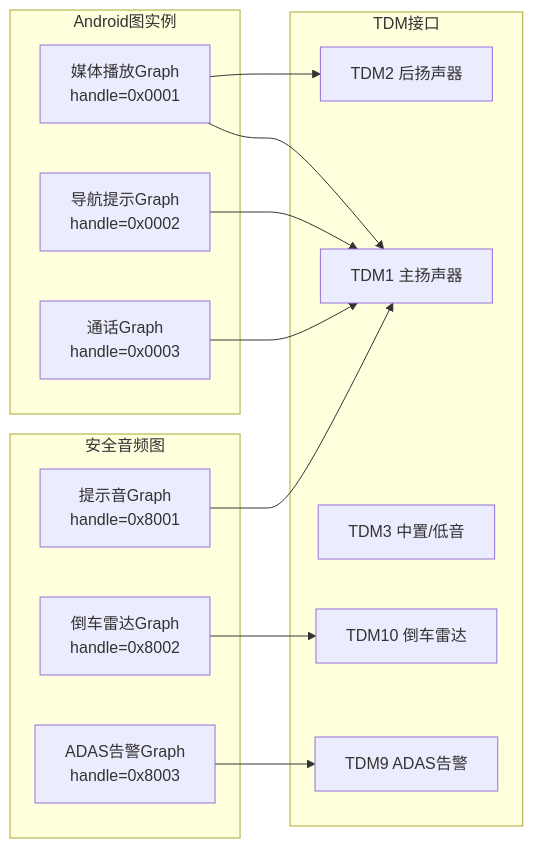
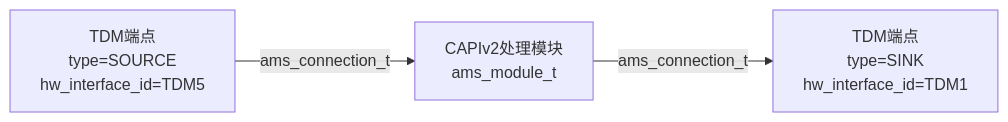
The fifth of 10 diagrams in 16_Vendor_QNX_Architecture/16_16.18_QNX_ams_lib_音频管理服务库.md (yanglinzhen1022/SA8295_AAOS_QNX_Audio_KnowledgeBase), drawn with Mermaid before and after one commit. The commit also changed other lines of this file and 48 other files, not shown here.

````diff
--- a/16_Vendor_QNX_Architecture/16_16.18_QNX_ams_lib_音频管理服务库.md
+++ b/16_Vendor_QNX_Architecture/16_16.18_QNX_ams_lib_音频管理服务库.md
@@ -490,30 +491,9 @@
 ```mermaid
 graph LR
-    subgraph Android_Graphs[Android图实例]
-        graph_media[媒体播放Graph<br/>handle=0x0001]
-        graph_nav[导航提示Graph<br/>handle=0x0002]
-        graph_call[通话Graph<br/>handle=0x0003]
-    end
+    ep_src[TDM端点<br/>type=SOURCE<br/>hw_interface_id=TDM5]
+    mod[CAPIv2处理模块<br/>ams_module_t]
+    ep_snk[TDM端点<br/>type=SINK<br/>hw_interface_id=TDM1]
 
-    subgraph Safe_Graphs[安全音频图]
-        graph_ding[提示音Graph<br/>handle=0x8001]
-        graph_pdc[倒车雷达Graph<br/>handle=0x8002]
-        graph_adas[ADAS告警Graph<br/>handle=0x8003]
-    end
-
-    subgraph TDM_Interfaces[TDM接口]
-        TDM1[TDM1 主扬声器]
-        TDM2[TDM2 后扬声器]
-        TDM3[TDM3 中置/低音]
-        TDM9[TDM9 ADAS告警]
-        TDM10[TDM10 倒车雷达]
-    end
-
-    graph_media --> TDM1
-    graph_media --> TDM2
-    graph_nav --> TDM1
-    graph_call --> TDM1
-    graph_ding --> TDM1
-    graph_pdc --> TDM10
-    graph_adas --> TDM9
+    ep_src -->|ams_connection_t| mod
+    mod -->|ams_connection_t| ep_snk
 ```
````
